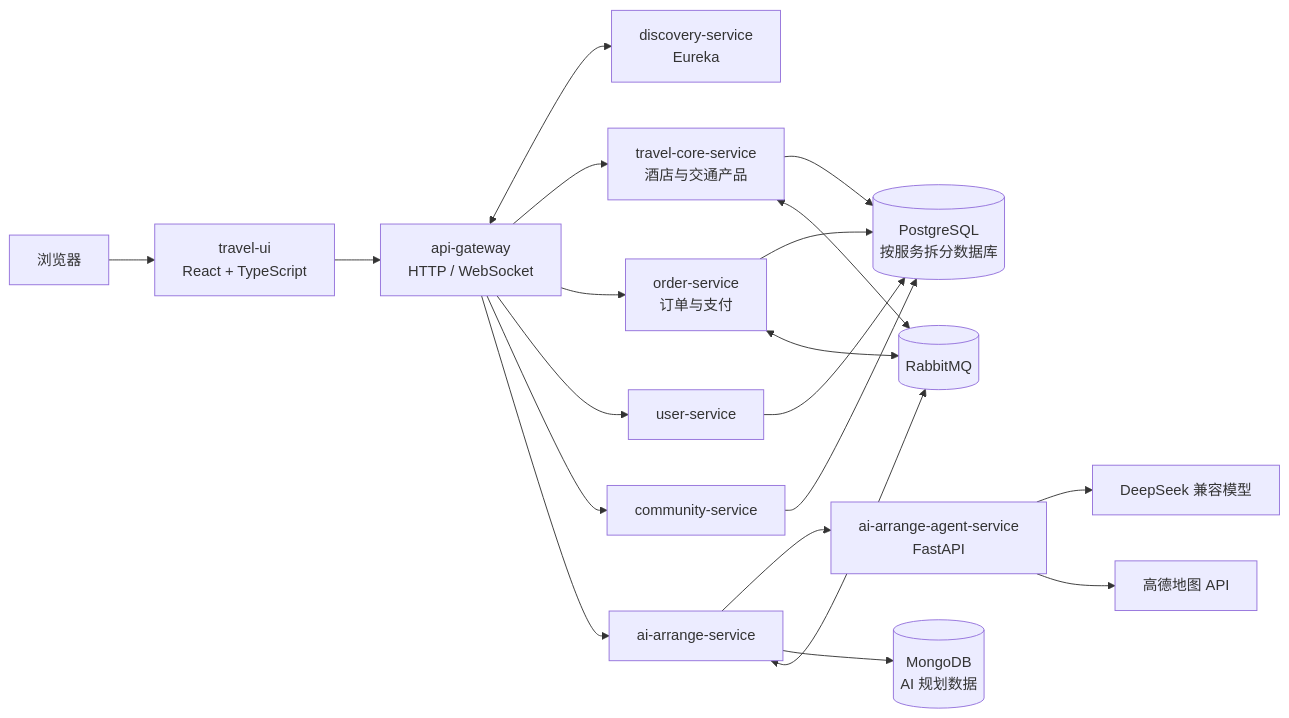
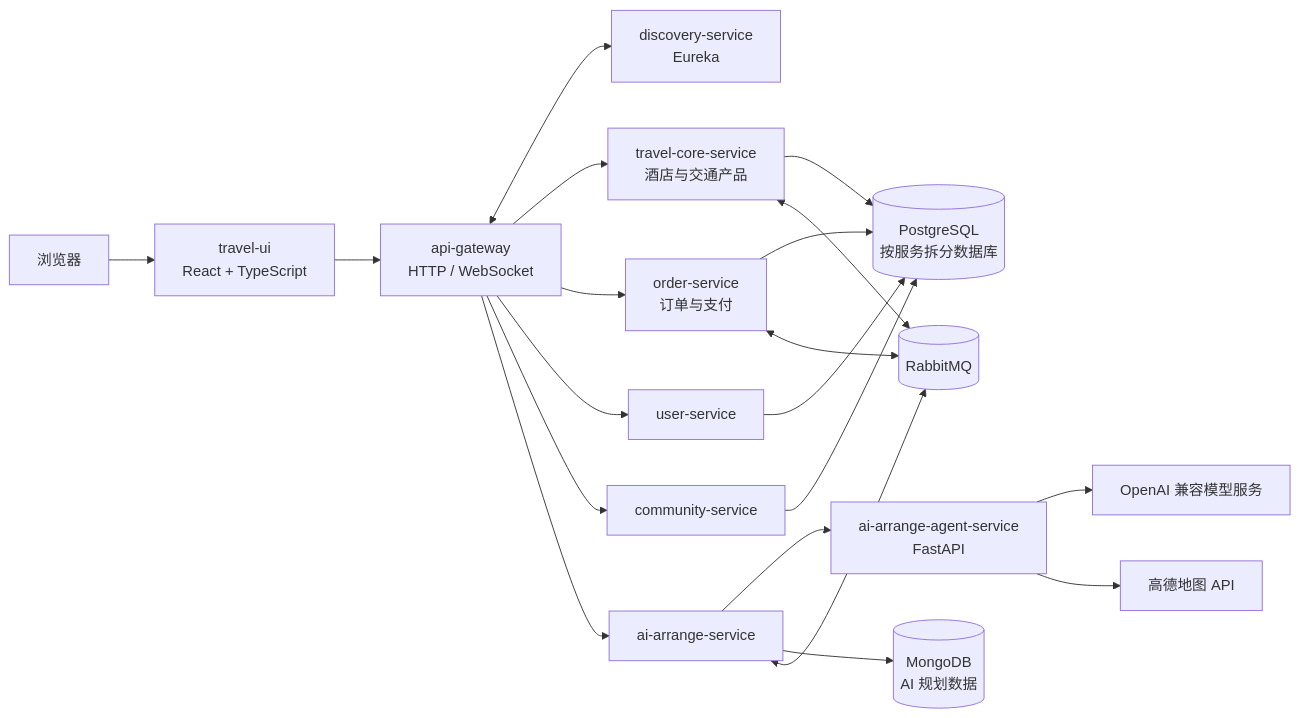
Before and after one commit to QzlabQ/TravelOn: the first of 9 diagrams in docs/概要设计.md, drawn with Mermaid. The commit also changed other lines of this file and 22 other files, not shown here.

````diff
--- a/docs/概要设计.md
+++ b/docs/概要设计.md
@@ -195,40 +195,40 @@
 ```mermaid
 flowchart LR
     Browser["浏览器"]
     UI["travel-ui<br/>React + TypeScript"]
     Gateway["api-gateway<br/>HTTP / WebSocket"]
     Discovery["discovery-service<br/>Eureka"]
     TravelCore["travel-core-service<br/>酒店与交通产品"]
     Order["order-service<br/>订单与支付"]
     User["user-service"]
     Community["community-service"]
     AiArrange["ai-arrange-service"]
     Agent["ai-arrange-agent-service<br/>FastAPI"]
     Postgres[("PostgreSQL<br/>按服务拆分数据库")]
     Mongo[("MongoDB<br/>AI 规划数据")]
     Rabbit[("RabbitMQ")]
-    Model["DeepSeek 兼容模型"]
+    Model["OpenAI 兼容模型服务"]
     Amap["高德地图 API"]
 
     Browser --> UI
     UI --> Gateway
     Gateway <--> Discovery
     Gateway --> TravelCore
     Gateway --> Order
     Gateway --> User
     Gateway --> Community
     Gateway --> AiArrange
     AiArrange --> Agent
     Agent --> Model
     Agent --> Amap
 
     TravelCore --> Postgres
     Order --> Postgres
     User --> Postgres
     Community --> Postgres
     AiArrange --> Mongo
 
     TravelCore <--> Rabbit
     Order <--> Rabbit
     AiArrange <--> Rabbit
 ```
````
